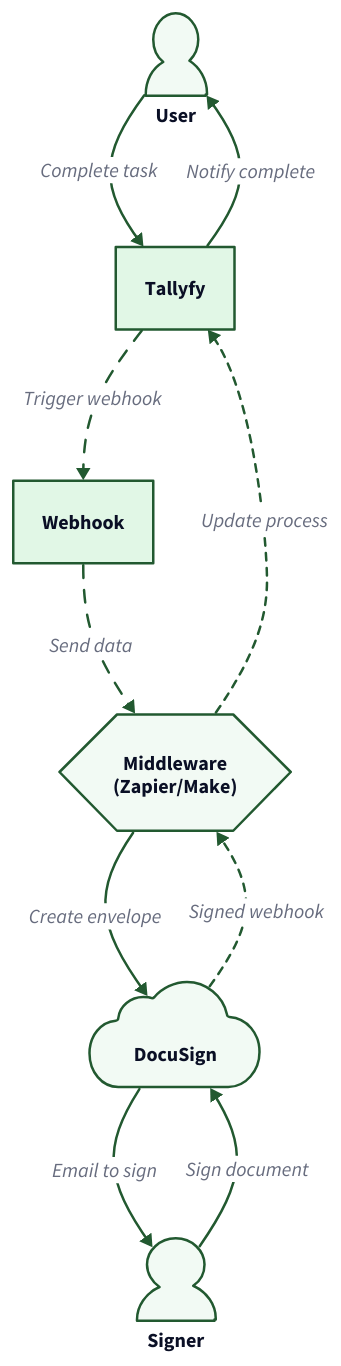
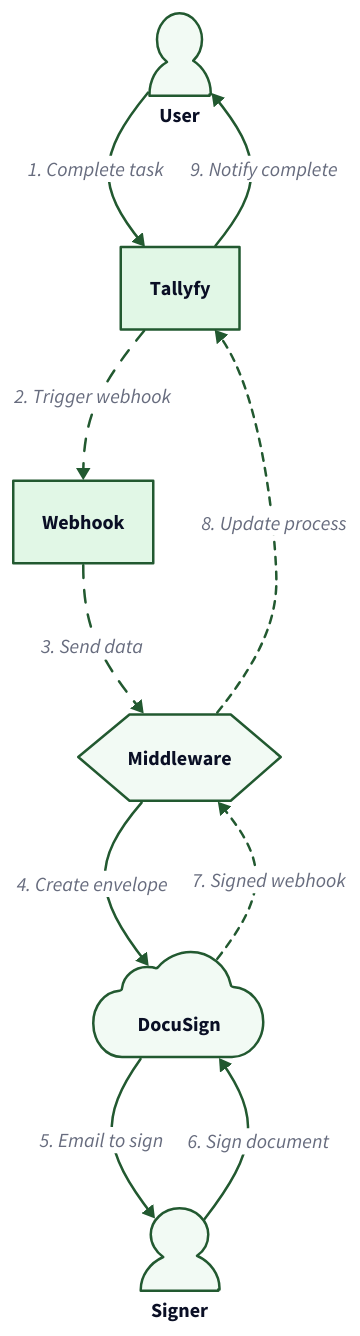
Before and after one commit to tallyfy/documentation: the diagram in src/content/docs/pro/documenting/documents/how-can-i-automate-document-signing-with-tallyfy.mdx, drawn with D2. The commit also changed other lines of this file and 17 other files, not shown here.

````diff
--- a/src/content/docs/pro/documenting/documents/how-can-i-automate-document-signing-with-tallyfy.mdx
+++ b/src/content/docs/pro/documenting/documents/how-can-i-automate-document-signing-with-tallyfy.mdx
@@ -45,74 +45,82 @@
 direction: down
 
 # People
-User: User {
+User: "User" {
   shape: person
   style.fill: "#f2faf4"
   style.stroke: "#225930"
 }
 
-Signer: Signer {
+Signer: "Signer" {
   shape: person
   style.fill: "#f2faf4"
   style.stroke: "#225930"
 }
 
 # Systems
-Tallyfy: Tallyfy {
+Tallyfy: "Tallyfy" {
   shape: rectangle
   style.fill: "#e1f7e6"
   style.stroke: "#225930"
   style.stroke-width: 2
 }
 
-Webhook: Webhook {
+Webhook: "Webhook" {
   shape: rectangle
   style.fill: "#e1f7e6"
   style.stroke: "#225930"
 }
 
-Middleware: Middleware\n(Zapier/Make) {
+Middleware: "Middleware" {
   shape: hexagon
   style.fill: "#f2faf4"
   style.stroke: "#225930"
 }
 
-DocuSign: DocuSign {
+DocuSign: "DocuSign" {
   shape: cloud
   style.fill: "#f2faf4"
   style.stroke: "#225930"
 }
 
 # Process Flow
-User -> Tallyfy: Complete task {
+User -> Tallyfy: "1. Complete task" {
   style.stroke: "#225930"
 }
-Tallyfy -> Webhook: Trigger webhook {
+
+Tallyfy -> Webhook: "2. Trigger webhook" {
   style.stroke: "#225930"
   style.animated: true
 }
-Webhook -> Middleware: Send data {
+
+Webhook -> Middleware: "3. Send data" {
   style.stroke: "#225930"
   style.animated: true
 }
-Middleware -> DocuSign: Create envelope {
+
+Middleware -> DocuSign: "4. Create envelope" {
   style.stroke: "#225930"
 }
-DocuSign -> Signer: Email to sign {
+
+DocuSign -> Signer: "5. Email to sign" {
   style.stroke: "#225930"
 }
-Signer -> DocuSign: Sign document {
+
+Signer -> DocuSign: "6. Sign document" {
   style.stroke: "#225930"
 }
-DocuSign -> Middleware: Signed webhook {
+
+DocuSign -> Middleware: "7. Signed webhook" {
   style.stroke: "#225930"
   style.stroke-dash: 3
 }
-Middleware -> Tallyfy: Update process {
+
+Middleware -> Tallyfy: "8. Update process" {
   style.stroke: "#225930"
   style.stroke-dash: 3
 }
-Tallyfy -> User: Notify complete {
+
+Tallyfy -> User: "9. Notify complete" {
   style.stroke: "#225930"
 }
 ```
````
